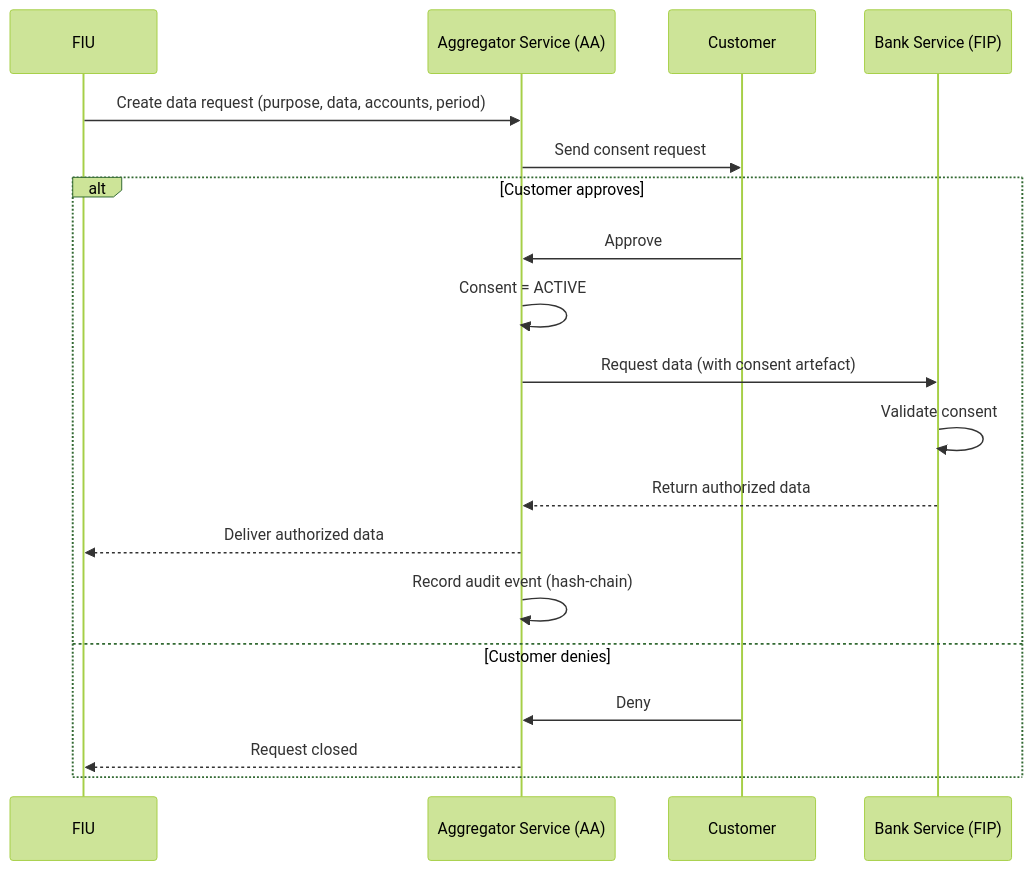
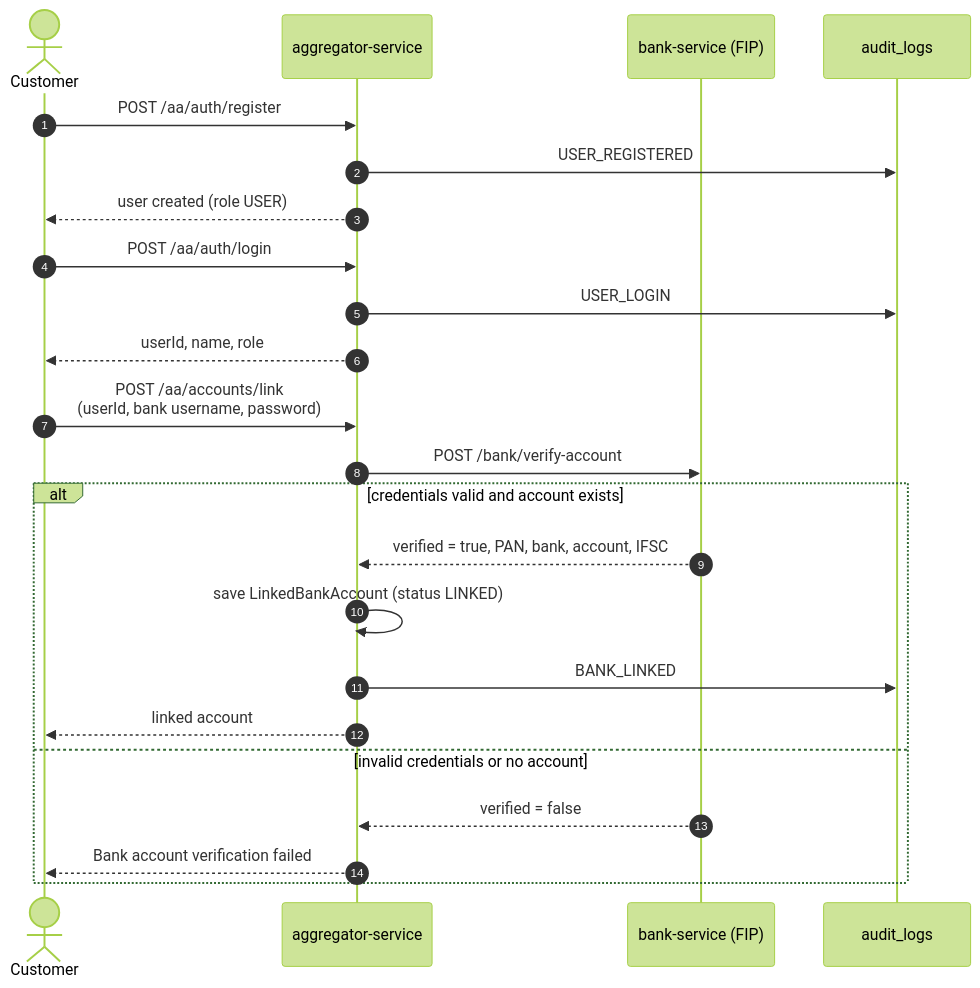
Before and after one commit to sakshi048/consent-chain: the third of 13 diagrams in README.md, drawn with Mermaid (forest theme). The commit also changed other lines of this file, not shown here.

````diff
--- a/README.md
+++ b/README.md
@@ -228,22 +218,28 @@
 ```mermaid
 sequenceDiagram
-    participant FIU
-    participant AA as Aggregator Service (AA)
-    participant Cust as Customer
-    participant FIP as Bank Service (FIP)
+    autonumber
+    actor C as Customer
+    participant AA as aggregator-service
+    participant FIP as bank-service (FIP)
+    participant LOG as audit_logs
 
-    FIU->>AA: Create data request (purpose, data, accounts, period)
-    AA->>Cust: Send consent request
-    alt Customer approves
-        Cust->>AA: Approve
-        AA->>AA: Consent = ACTIVE
-        AA->>FIP: Request data (with consent artefact)
-        FIP->>FIP: Validate consent
-        FIP-->>AA: Return authorized data
-        AA-->>FIU: Deliver authorized data
-        AA->>AA: Record audit event (hash-chain)
-    else Customer denies
-        Cust->>AA: Deny
-        AA-->>FIU: Request closed
+    C->>AA: POST /aa/auth/register
+    AA->>LOG: USER_REGISTERED
+    AA-->>C: user created (role USER)
+
+    C->>AA: POST /aa/auth/login
+    AA->>LOG: USER_LOGIN
+    AA-->>C: userId, name, role
+
+    C->>AA: POST /aa/accounts/link<br/>(userId, bank username, password)
+    AA->>FIP: POST /bank/verify-account
+    alt credentials valid and account exists
+        FIP-->>AA: verified = true, PAN, bank, account, IFSC
+        AA->>AA: save LinkedBankAccount (status LINKED)
+        AA->>LOG: BANK_LINKED
+        AA-->>C: linked account
+    else invalid credentials or no account
+        FIP-->>AA: verified = false
+        AA-->>C: Bank account verification failed
     end
 ```
````
